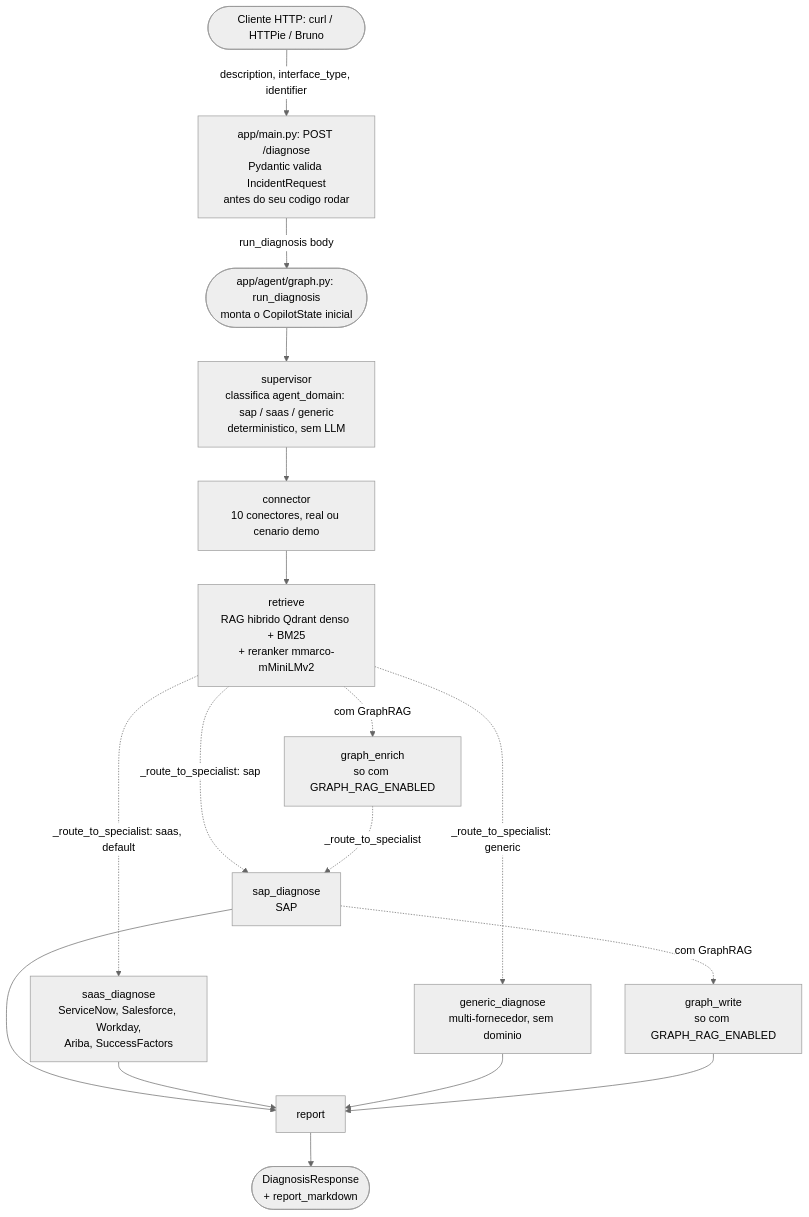
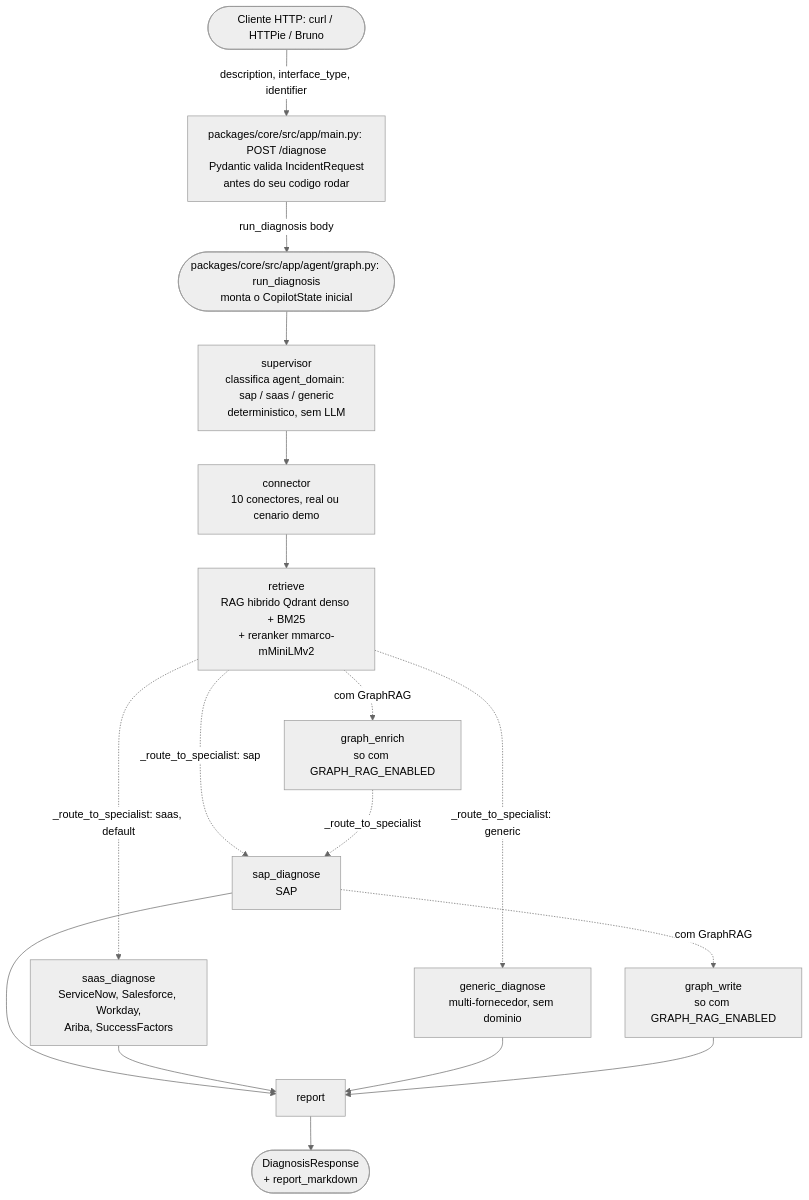
The diagram in docs/TUTORIAL_ARQUITETURA_DEBUG.md (marcos-slima/integration-incident-copilot), drawn with Mermaid (neutral theme) before and after one commit. The commit also changed other lines of this file and 53 other files, not shown here.

````diff
--- a/docs/TUTORIAL_ARQUITETURA_DEBUG.md
+++ b/docs/TUTORIAL_ARQUITETURA_DEBUG.md
@@ -39,32 +39,32 @@
 ```mermaid
 flowchart TD
-    inicio(["app/agent/graph.py: run_diagnosis<br/>monta o CopilotState inicial"])
+    inicio(["packages/core/src/app/agent/graph.py: run_diagnosis<br/>monta o CopilotState inicial"])
     supervisor["supervisor<br/>classifica agent_domain: sap / saas / generic<br/>deterministico, sem LLM"]
     connector["connector<br/>10 conectores, real ou cenario demo"]
     retrieve["retrieve<br/>RAG hibrido Qdrant denso + BM25<br/>+ reranker mmarco-mMiniLMv2"]
     graph_enrich["graph_enrich<br/>so com GRAPH_RAG_ENABLED"]
     sap_diagnose["sap_diagnose<br/>SAP"]
     saas_diagnose["saas_diagnose<br/>ServiceNow, Salesforce, Workday,<br/>Ariba, SuccessFactors"]
     generic_diagnose["generic_diagnose<br/>multi-fornecedor, sem dominio"]
     graph_write["graph_write<br/>so com GRAPH_RAG_ENABLED"]
     report["report"]
     fim(["DiagnosisResponse<br/>+ report_markdown"])
     cliente(["Cliente HTTP: curl / HTTPie / Bruno"])
-    api["app/main.py: POST /diagnose<br/>Pydantic valida IncidentRequest<br/>antes do seu codigo rodar"]
+    api["packages/core/src/app/main.py: POST /diagnose<br/>Pydantic valida IncidentRequest<br/>antes do seu codigo rodar"]
     cliente -->|"description, interface_type, identifier"| api
     api -->|"run_diagnosis body"| inicio
     inicio --> supervisor
     supervisor --> connector
     connector --> retrieve
     retrieve -.->|"_route_to_specialist: sap"| sap_diagnose
     retrieve -.->|"_route_to_specialist: saas, default"| saas_diagnose
     retrieve -.->|"_route_to_specialist: generic"| generic_diagnose
     retrieve -.->|"com GraphRAG"| graph_enrich
     graph_enrich -.->|"_route_to_specialist"| sap_diagnose
     sap_diagnose --> report
     saas_diagnose --> report
     generic_diagnose --> report
     sap_diagnose -.->|"com GraphRAG"| graph_write
     graph_write --> report
     report --> fim
 ```
````
